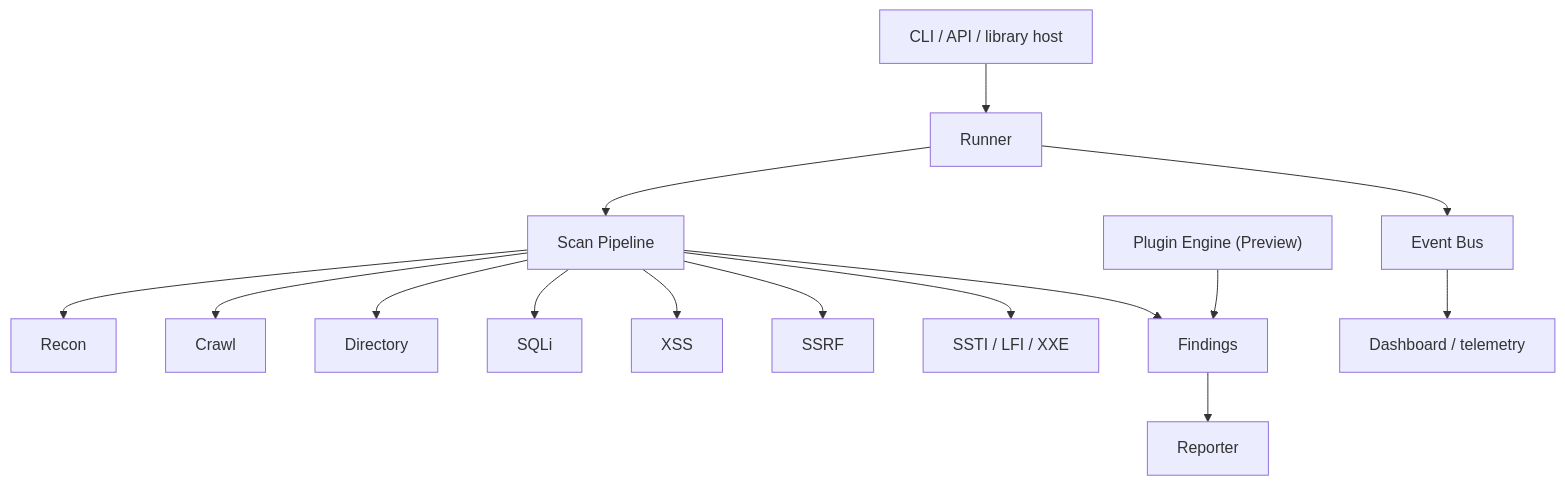
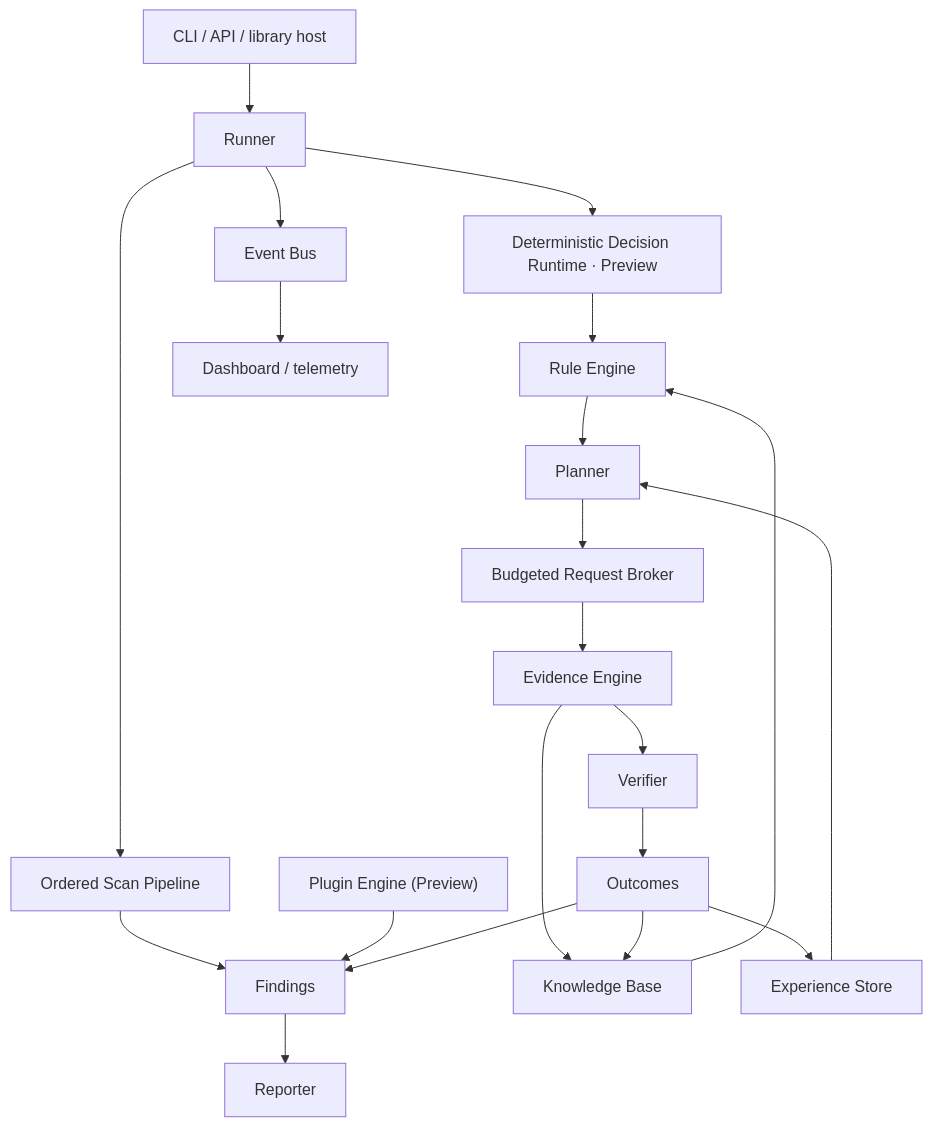
The first of 2 diagrams in README.md (ITherso/termivar), drawn with Mermaid before and after one commit. The commit also changed other lines of this file and 231 other files, not shown here.

````diff
--- a/README.md
+++ b/README.md
@@ -28,17 +28,23 @@
 ```mermaid
 flowchart TD
     Host["CLI / API / library host"] --> Runner
-    Runner --> Pipeline["Scan Pipeline"]
-    Pipeline --> Recon
-    Pipeline --> Crawl
-    Pipeline --> Directory
-    Pipeline --> SQLi
-    Pipeline --> XSS
-    Pipeline --> SSRF
-    Pipeline --> More["SSTI / LFI / XXE"]
+    Runner --> Pipeline["Ordered Scan Pipeline"]
+    Runner --> Decision["Deterministic Decision Runtime · Preview"]
     Pipeline --> Findings
     Plugins["Plugin Engine (Preview)"] --> Findings
+    Decision --> Rules["Rule Engine"]
+    Knowledge["Knowledge Base"] --> Rules
+    Rules --> Planner
+    Experience["Experience Store"] --> Planner
+    Planner --> Broker["Budgeted Request Broker"]
+    Broker --> Evidence["Evidence Engine"]
+    Evidence --> Knowledge
+    Evidence --> Verifier
+    Verifier --> Outcomes
+    Outcomes --> Knowledge
+    Outcomes --> Experience
+    Outcomes --> Findings
     Runner --> Events["Event Bus"]
     Findings --> Reporter
     Events --> Observers["Dashboard / telemetry"]
 ```
````
